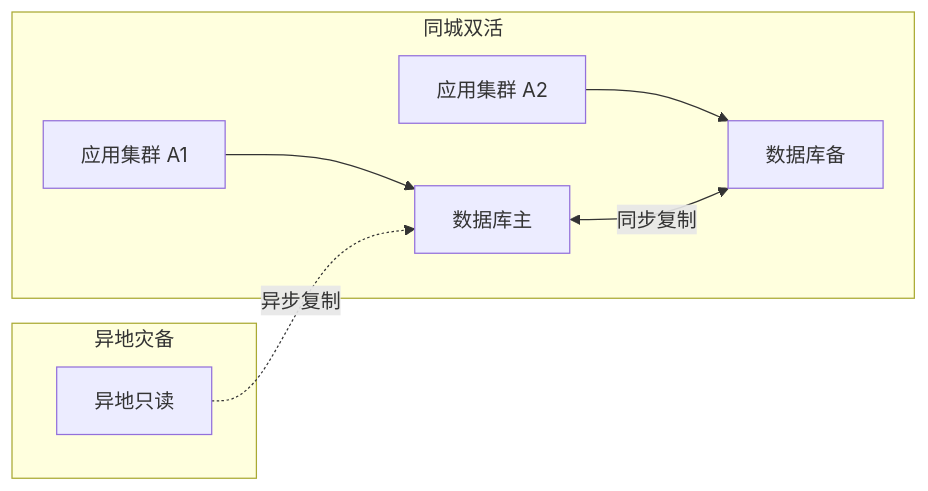
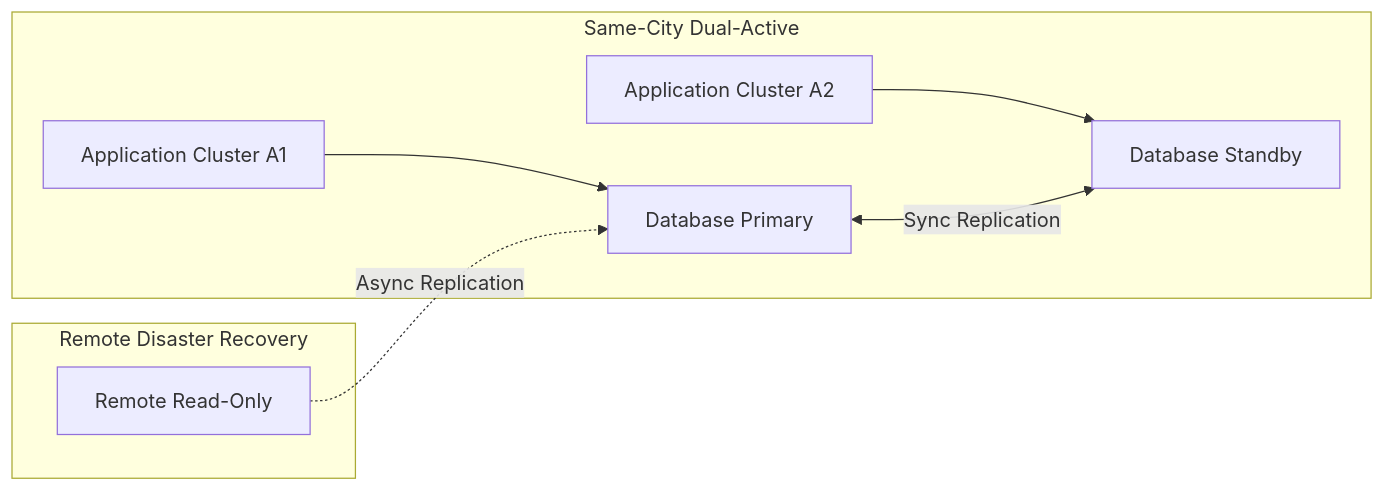
One commit to Kirky-X/cangjie changed the second of 3 diagrams in templates/产品/技术层/【模板】技术需求文档(TRD).md. Above: the diagram before and after it, drawn with Mermaid. The commit also changed other lines of this file and 60 other files, not shown here.

````diff
--- a/templates/产品/技术层/【模板】技术需求文档(TRD).md
+++ b/templates/产品/技术层/【模板】技术需求文档(TRD).md
@@ -181,11 +181,11 @@
 ```mermaid
 graph LR
-    subgraph 同城双活
-        A1[应用集群 A1] --> B1[数据库主]
-        A2[应用集群 A2] --> B2[数据库备]
+    subgraph Same-City Dual-Active
+        A1[Application Cluster A1] --> B1[Database Primary]
+        A2[Application Cluster A2] --> B2[Database Standby]
     end
-    subgraph 异地灾备
-        C1[异地只读] -.异步复制.-> B1
+    subgraph Remote Disaster Recovery
+        C1[Remote Read-Only] -.Async Replication.-> B1
     end
-    B1 <-->|同步复制| B2
+    B1 <-->|Sync Replication| B2
 ```
````
